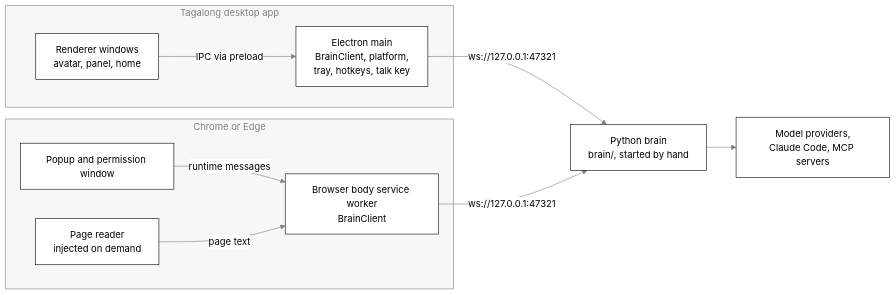
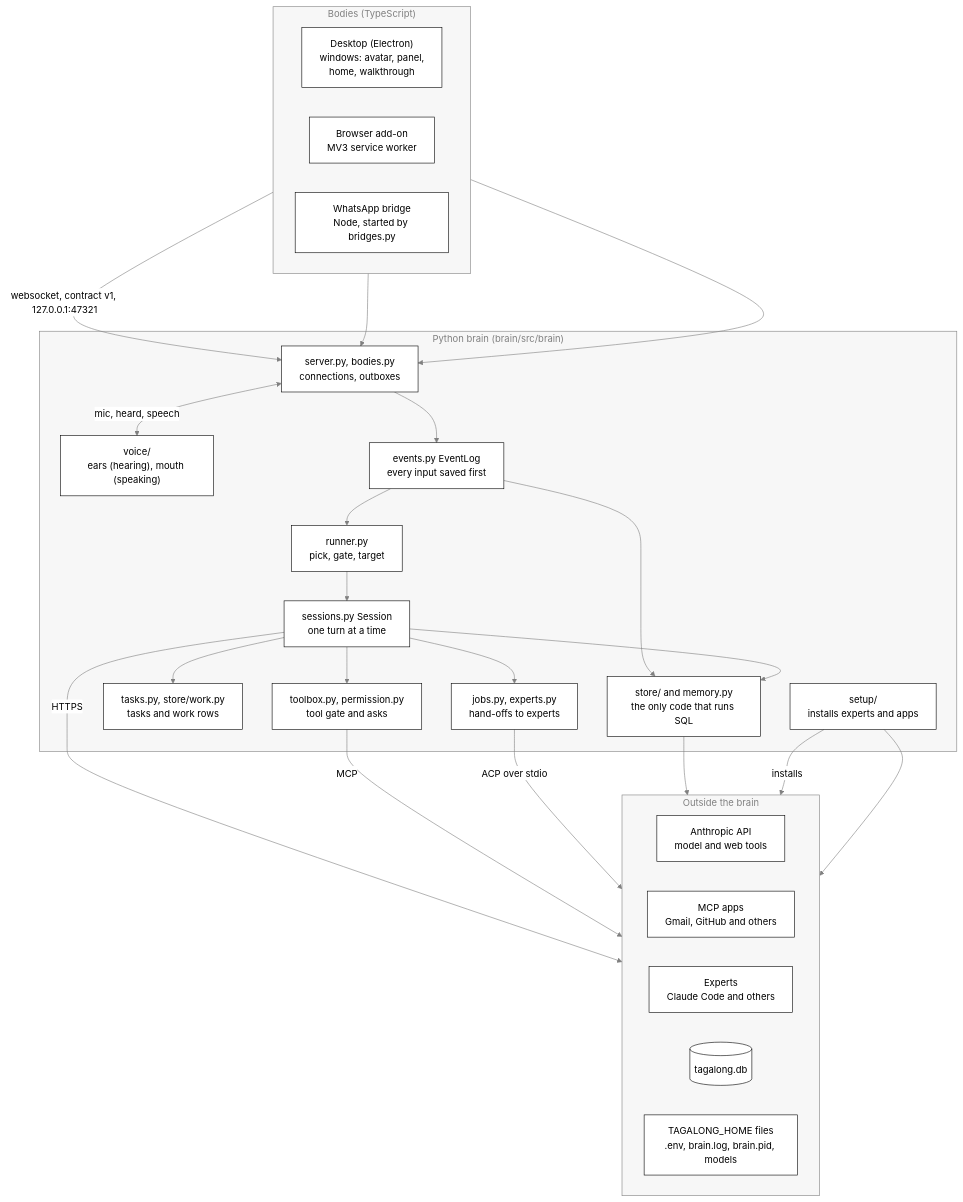
The first of 4 diagrams in docs/architecture.md (nadeem4/tagalong), drawn with Mermaid before and after one commit. The commit also changed other lines of this file and 6 other files, not shown here.

Commit message:
docs: architecture overview, reading paths and protocol session flow

````diff
--- a/docs/architecture.md
+++ b/docs/architecture.md
@@ -32,21 +23,48 @@
 ```mermaid
-%%{init: {"theme": "base", "themeVariables": {"primaryColor": "#ffffff", "primaryTextColor": "#000000", "primaryBorderColor": "#000000", "lineColor": "#808080", "arrowheadColor": "#808080", "secondaryColor": "#f2f2f2", "tertiaryColor": "#ffffff", "clusterBkg": "#f7f7f7", "clusterBorder": "#808080", "edgeLabelBackground": "#ffffff", "titleColor": "#808080", "actorBkg": "#ffffff", "actorBorder": "#000000", "actorTextColor": "#000000", "actorLineColor": "#808080", "signalColor": "#808080", "signalTextColor": "#808080", "sequenceNumberColor": "#ffffff", "labelBoxBkgColor": "#ffffff", "labelBoxBorderColor": "#808080", "labelTextColor": "#000000", "loopTextColor": "#808080", "noteBkgColor": "#f7f7f7", "noteBorderColor": "#808080", "noteTextColor": "#000000", "activationBkgColor": "#f7f7f7", "activationBorderColor": "#808080", "fontFamily": "Segoe UI, Helvetica, Arial, sans-serif"}}}%%
-flowchart LR
-  subgraph Electron["Tagalong desktop app"]
-    R["Renderer windows<br>avatar, panel, home"]
-    M["Electron main<br>BrainClient, platform,<br>tray, hotkeys, talk key"]
+%%{init: {"theme": "base", "themeVariables": {"primaryColor": "#ffffff", "primaryTextColor": "#000000", "primaryBorderColor": "#000000", "lineColor": "#808080", "arrowheadColor": "#808080", "secondaryColor": "#f2f2f2", "tertiaryColor": "#ffffff", "clusterBkg": "#f7f7f7", "clusterBorder": "#808080", "edgeLabelBackground": "#ffffff", "titleColor": "#808080", "actorBkg": "#ffffff", "actorBorder": "#000000", "actorTextColor": "#000000", "actorLineColor": "#808080", "signalColor": "#808080", "signalTextColor": "#808080", "sequenceNumberColor": "#ffffff", "labelBoxBkgColor": "#ffffff", "labelBoxBorderColor": "#808080", "labelTextColor": "#000000", "loopTextColor": "#808080", "noteBkgColor": "#f7f7f7", "noteBorderColor": "#808080", "noteTextColor": "#000000", "activationBkgColor": "#f7f7f7", "activationBorderColor": "#808080", "fontFamily": "Segoe UI, Helvetica, Arial, sans-serif"}, "themeCSS": ".relationshipLabelBox{opacity:1} .relationshipLabelBox rect{opacity:1}"}}%%
+flowchart TB
+  subgraph Bodies["Bodies (TypeScript)"]
+    direction LR
+    DESK["Desktop (Electron)<br/>windows: avatar, panel,<br/>home, walkthrough"]
+    BRW["Browser add-on<br/>MV3 service worker"]
+    WA["WhatsApp bridge<br/>Node, started by bridges.py"]
   end
-  subgraph Chrome["Chrome or Edge"]
-    SW["Browser body service worker<br>BrainClient"]
-    PU["Popup and permission window"]
-    CS["Page reader<br>injected on demand"]
+  subgraph Brain["Python brain (brain/src/brain)"]
+    SRV["server.py, bodies.py<br/>connections, outboxes"]
+    VOX["voice/<br/>ears (hearing), mouth (speaking)"]
+    EV["events.py EventLog<br/>every input saved first"]
+    RUN["runner.py<br/>pick, gate, target"]
+    SES["sessions.py Session<br/>one turn at a time"]
+    TB["toolbox.py, permission.py<br/>tool gate and asks"]
+    TASK["tasks.py, store/work.py<br/>tasks and work rows"]
+    JOB["jobs.py, experts.py<br/>hand-offs to experts"]
+    STORE["store/ and memory.py<br/>the only code that runs SQL"]
+    SETUP["setup/<br/>installs experts and apps"]
   end
-  P["Python brain<br>brain/, started by hand"]
-  X["Model providers,<br>Claude Code, MCP servers"]
-  R -- "IPC via preload" --> M
-  M -- "ws://127.0.0.1:47321" --> P
-  SW -- "ws://127.0.0.1:47321" --> P
-  PU -- "runtime messages" --> SW
-  CS -- "page text" --> SW
-  P --> X
+  subgraph Outside["Outside the brain"]
+    direction LR
+    API["Anthropic API<br/>model and web tools"]
+    MCP["MCP apps<br/>Gmail, GitHub and others"]
+    EXP["Experts<br/>Claude Code and others"]
+    DB[("tagalong.db")]
+    FILES["TAGALONG_HOME files<br/>.env, brain.log, brain.pid, models"]
+  end
+  DESK -- "websocket, contract v1, 127.0.0.1:47321" --> SRV
+  BRW --> SRV
+  WA --> SRV
+  SRV <--> |"mic, heard, speech"| VOX
+  SRV --> EV
+  EV --> RUN
+  RUN --> SES
+  SES --> TB
+  SES --> TASK
+  SES --> JOB
+  EV --> STORE
+  SES --> STORE
+  SES -- "HTTPS" --> API
+  TB -- "MCP" --> MCP
+  JOB -- "ACP over stdio" --> EXP
+  STORE --> DB
+  SETUP -- "installs" --> EXP
+  SETUP --> FILES
 ```
````
